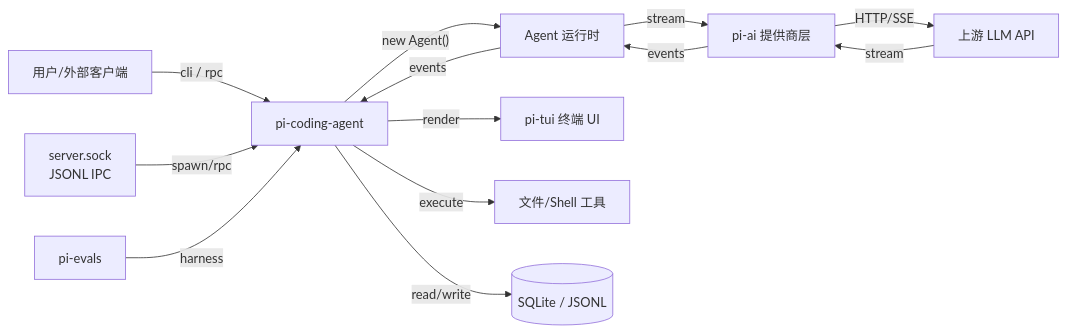
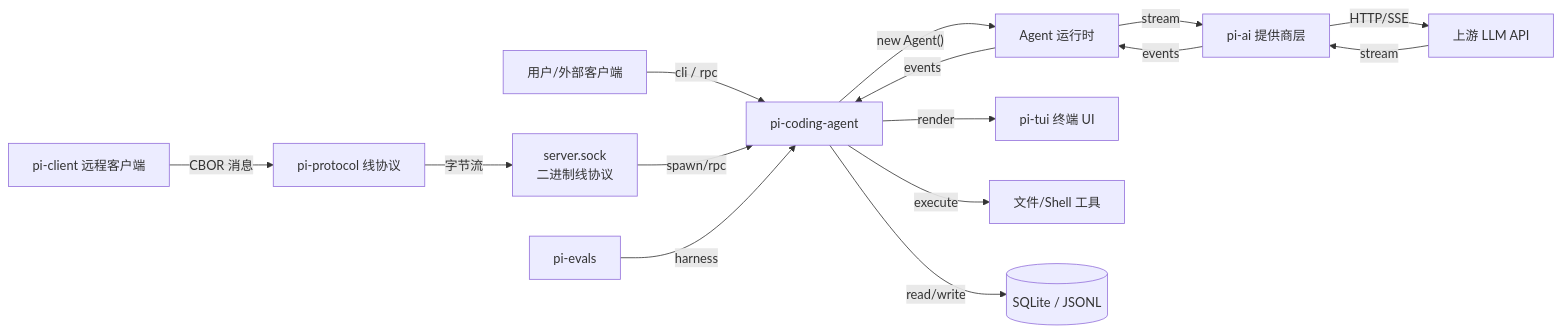
Before and after one commit to jefby/pi: the first of 7 diagrams in docs/architecture.md, drawn with Mermaid. The commit also changed other lines of this file, not shown here.

First line of the commit message:
docs(agent): reflect pi 2.0 architecture - protocol/client/telemetry/session-backends packages

````diff
--- a/docs/architecture.md
+++ b/docs/architecture.md
@@ -45,26 +48,30 @@
 ```mermaid
 flowchart LR
     User[用户/外部客户端]
-    Server[server.sock<br/>JSONL IPC]
+    Server[server.sock<br/>二进制线协议]
     CodingAgent[pi-coding-agent]
     Agent[Agent 运行时]
     AI[pi-ai 提供商层]
     LLM[上游 LLM API]
     TUI[pi-tui 终端 UI]
     Tools[文件/Shell 工具]
     Evals[pi-evals]
+    Client[pi-client 远程客户端]
+    Protocol[pi-protocol 线协议]
     Storage[(SQLite / JSONL)]
 
     User -->|cli / rpc| CodingAgent
+    Client -->|CBOR 消息| Protocol
+    Protocol -->|字节流| Server
     Server -->|spawn/rpc| CodingAgent
     CodingAgent -->|"new Agent()"| Agent
     Agent -->|stream| AI
     AI -->|HTTP/SSE| LLM
     LLM -->|stream| AI
     AI -->|events| Agent
     Agent -->|events| CodingAgent
     CodingAgent -->|render| TUI
     CodingAgent -->|execute| Tools
     CodingAgent -->|read/write| Storage
     Evals -->|harness| CodingAgent
 ```
````
